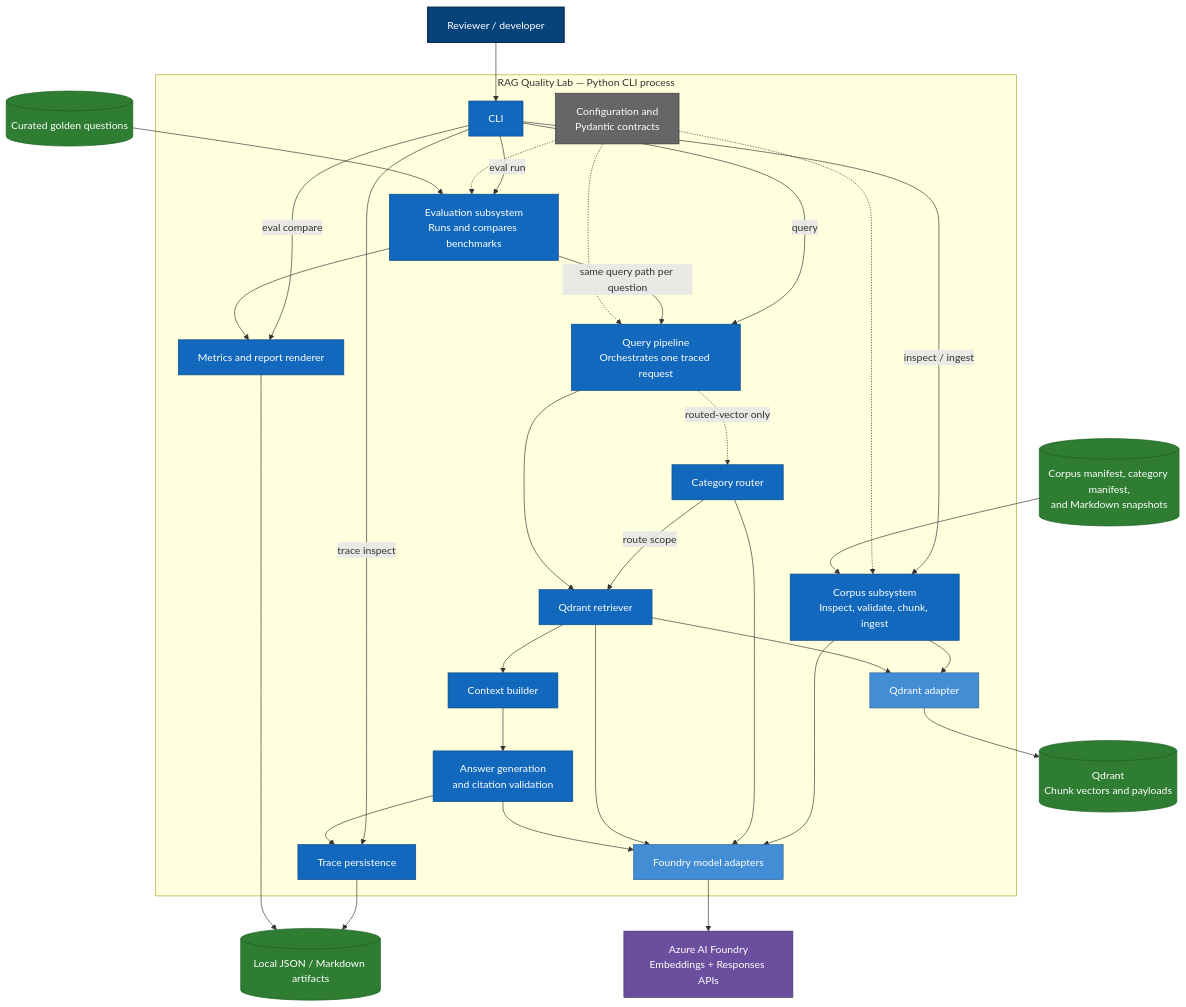
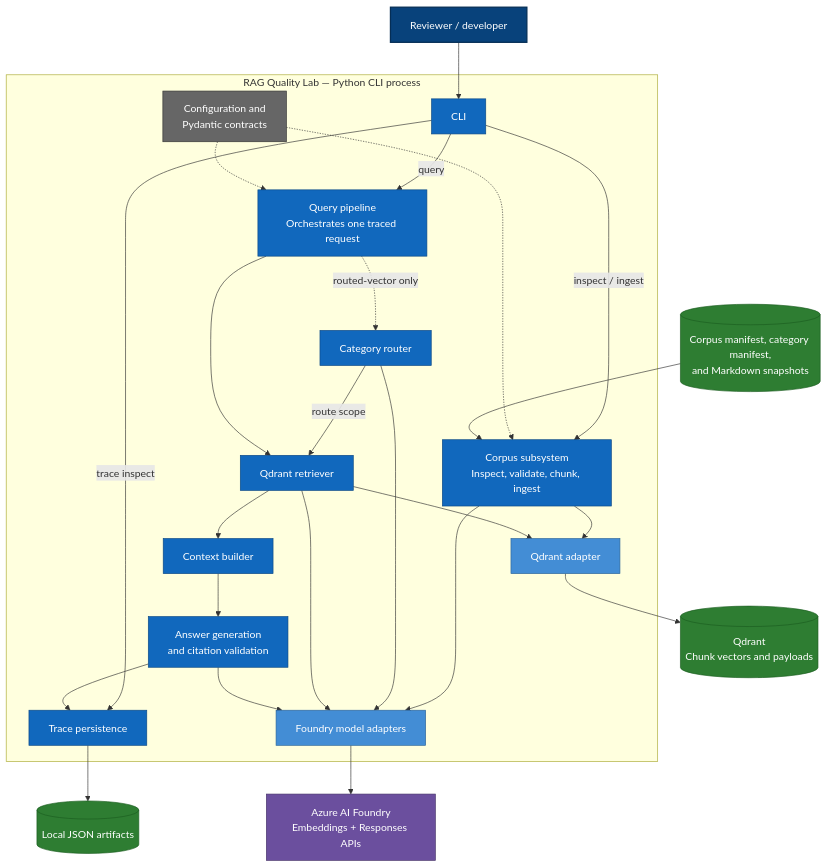
The first of 3 diagrams in docs/architecture.md (mariusz-kacz/rag-quality-lab), drawn with Mermaid before and after one commit. The commit also changed other lines of this file and 39 other files, not shown here.

````diff
--- a/docs/architecture.md
+++ b/docs/architecture.md
@@ -12,76 +12,65 @@
 ```mermaid
 flowchart TB
     reviewer["Reviewer / developer"]
     corpus_input[("Corpus manifest, category manifest,<br/>and Markdown snapshots")]
-    golden_input[("Curated golden questions")]
     foundry["Azure AI Foundry<br/>Embeddings + Responses APIs"]
     qdrant[("Qdrant<br/>Chunk vectors and payloads")]
-    artifacts[("Local JSON / Markdown artifacts")]
+    artifacts[("Local JSON artifacts")]
 
     subgraph app["RAG Quality Lab — Python CLI process"]
         cli["CLI"]
         corpus["Corpus subsystem<br/>Inspect, validate, chunk, ingest"]
         query["Query pipeline<br/>Orchestrates one traced request"]
-        evaluation["Evaluation subsystem<br/>Runs and compares benchmarks"]
 
         router["Category router"]
         retrieval["Qdrant retriever"]
         context["Context builder"]
         answer["Answer generation<br/>and citation validation"]
         traces["Trace persistence"]
-        metrics["Metrics and report renderer"]
 
         model_adapters["Foundry model adapters"]
         qdrant_adapter["Qdrant adapter"]
         contracts["Configuration and<br/>Pydantic contracts"]
 
         cli -->|"inspect / ingest"| corpus
         cli -->|"query"| query
-        cli -->|"eval run"| evaluation
-        cli -->|"eval compare"| metrics
         cli -->|"trace inspect"| traces
 
         query -.->|"routed-vector only"| router
         router -->|"route scope"| retrieval
         query --> retrieval
         retrieval --> context
         context --> answer
         answer --> traces
-
-        evaluation -->|"same query path per question"| query
-        evaluation --> metrics
 
         corpus --> model_adapters
         corpus --> qdrant_adapter
         router --> model_adapters
         retrieval --> model_adapters
         retrieval --> qdrant_adapter
         answer --> model_adapters
 
         contracts -.-> corpus
         contracts -.-> query
-        contracts -.-> evaluation
     end
 
     reviewer --> cli
     corpus_input --> corpus
-    golden_input --> evaluation
     model_adapters --> foundry
     qdrant_adapter --> qdrant
     traces --> artifacts
-    metrics --> artifacts
 
     classDef person fill:#08427b,color:#fff,stroke:#052e56,stroke-width:2px;
     classDef component fill:#1168bd,color:#fff,stroke:#0b4884;
     classDef adapter fill:#438dd5,color:#fff,stroke:#2d6599;
     classDef datastore fill:#2e7d32,color:#fff,stroke:#1b5e20;
     classDef external fill:#6b4f9e,color:#fff,stroke:#463268;
     classDef contract fill:#666,color:#fff,stroke:#333;
 
     class reviewer person;
-    class cli,corpus,query,evaluation,router,retrieval,context,answer,traces,metrics component;
+    class cli,corpus,query,router,retrieval,context,answer,traces component;
     class model_adapters,qdrant_adapter adapter;
-    class corpus_input,golden_input,qdrant,artifacts datastore;
+    class corpus_input,qdrant,artifacts datastore;
     class foundry external;
     class contracts contract;
 ```
````
